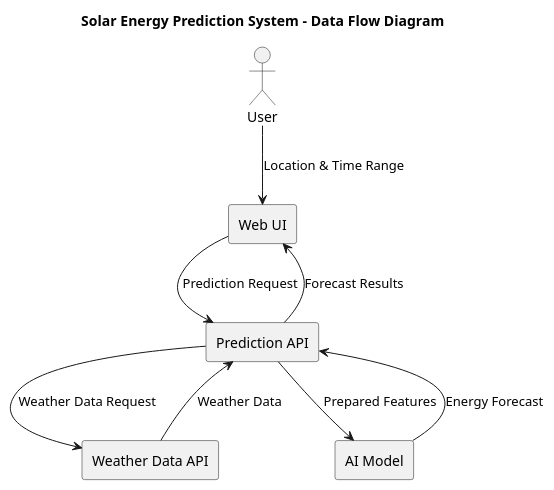
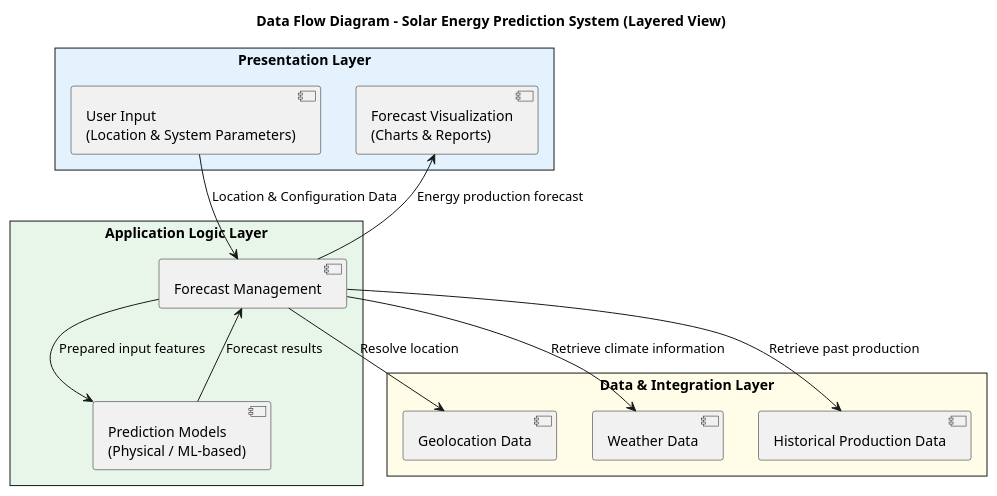
One commit to Eladszz/solar-energy-prediction changed the diagram in architecture/data_flow_diagram.puml. Above: the diagram before and after it, drawn with PlantUML. The commit also changed 4 other files, not shown here.

Commit message:
feat: Update architecture diagrams to reflect new system components and relationships

```diff
--- a/architecture/data_flow_diagram.puml
+++ b/architecture/data_flow_diagram.puml
@@ -1,26 +1,34 @@
-@startuml solar_energy_data_flow
-title Solar Energy Prediction System - Data Flow Diagram
+@startuml solar_energy_data_flow_layered
+title Data Flow Diagram – Solar Energy Prediction System (Layered View)
 
-actor User
+skinparam componentStyle rectangle
+skinparam style strictuml
 
-rectangle "Web UI" {
+rectangle "Presentation Layer" #E3F2FD {
+  component "User Input\n(Location & System Parameters)" as input
+  component "Forecast Visualization\n(Charts & Reports)" as output
 }
 
-rectangle "Prediction API" {
+rectangle "Application Logic Layer" #E8F5E9 {
+  component "Forecast Management"
+  component "Prediction Models\n(Physical / ML-based)"
 }
 
-rectangle "Weather Data API" {
+rectangle "Data & Integration Layer" #FFFDE7 {
+  component "Geolocation Data"
+  component "Weather Data"
+  component "Historical Production Data"
 }
 
-rectangle "AI Model" {
-}
+input --> "Forecast Management" : Location & Configuration Data
 
-User --> "Web UI" : Location & Time Range
-"Web UI" --> "Prediction API" : Prediction Request
-"Prediction API" --> "Weather Data API" : Weather Data Request
-"Weather Data API" --> "Prediction API" : Weather Data
-"Prediction API" --> "AI Model" : Prepared Features
-"AI Model" --> "Prediction API" : Energy Forecast
-"Prediction API" --> "Web UI" : Forecast Results
+"Forecast Management" --> "Geolocation Data" : Resolve location
+"Forecast Management" --> "Weather Data" : Retrieve climate information
+"Forecast Management" --> "Historical Production Data" : Retrieve past production
+
+"Forecast Management" --> "Prediction Models\n(Physical / ML-based)" : Prepared input features
+"Prediction Models\n(Physical / ML-based)" --> "Forecast Management" : Forecast results
+
+"Forecast Management" --> output : Energy production forecast
 
 @enduml
```
